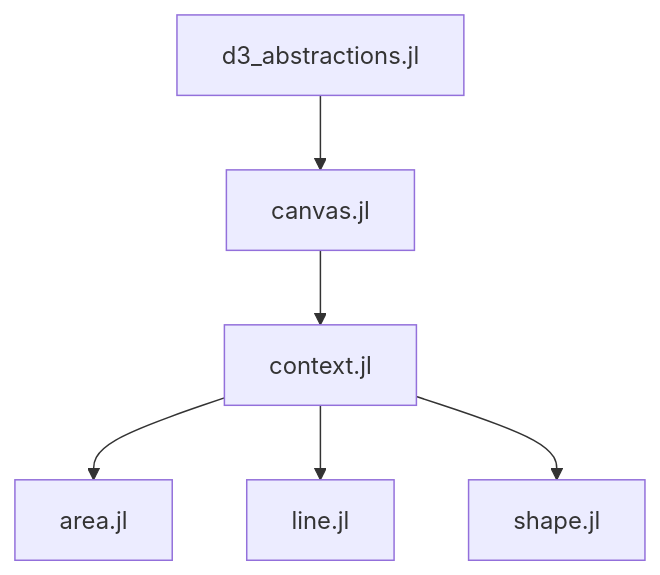
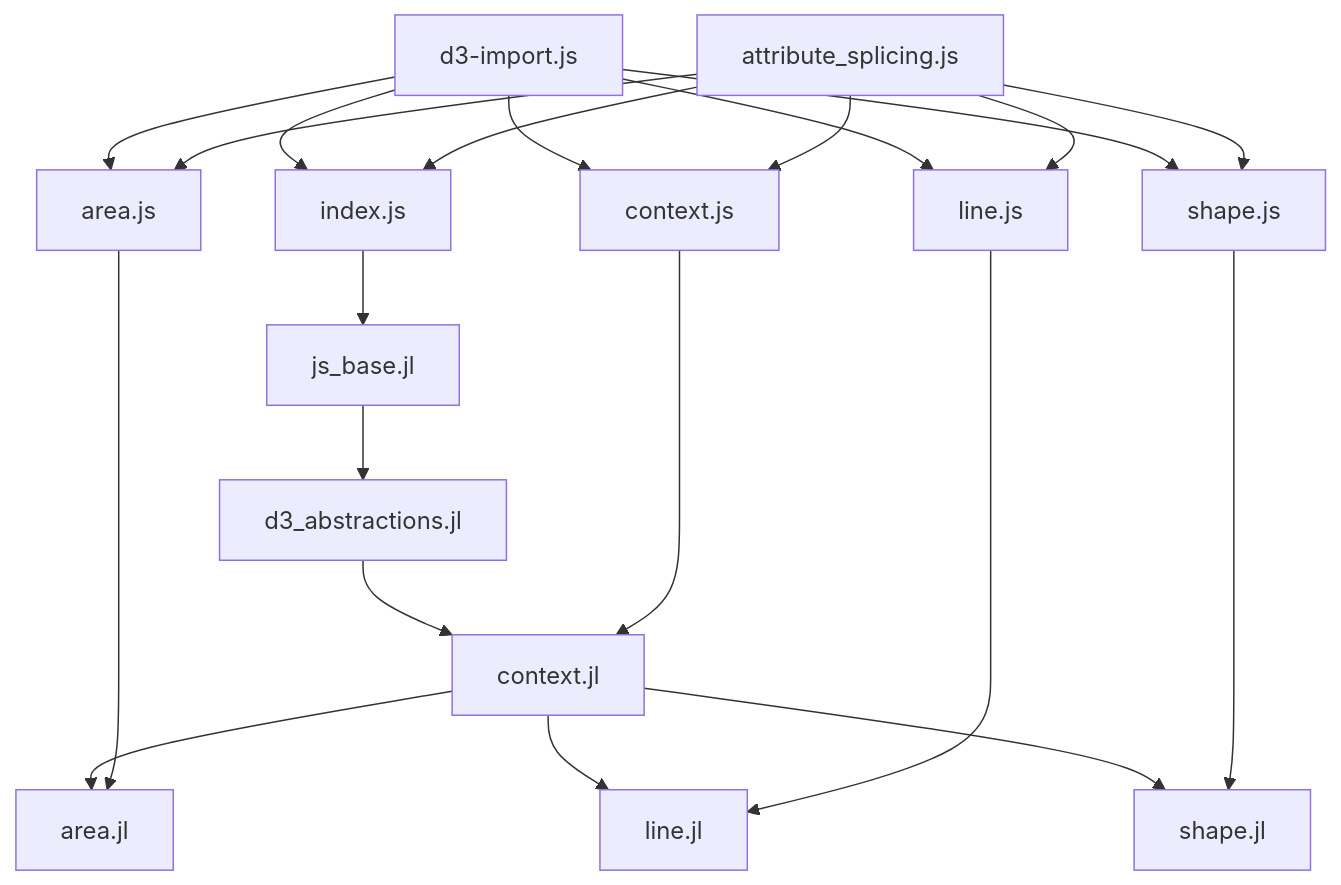
One commit to ghaetinger/Portinari.jl changed the diagram in README.md. Above: the diagram before and after it, drawn with Mermaid. The commit also changed 1 other file, not shown here.

Commit message:
:fire: architecture revision

````diff
--- a/README.md
+++ b/README.md
@@ -18,8 +18,29 @@
 ```mermaid
 graph TD;
-    d3_abstractions.jl-->canvas.jl;
-    canvas.jl-->context.jl;
+    js_base.jl-->d3_abstractions.jl
+    d3_abstractions.jl-->context.jl;
+
+    context.js-->context.jl
+    d3-import.js-->context.js
+    attribute_splicing.js-->context.js
+
     context.jl-->area.jl;
+    area.js-->area.jl
+    d3-import.js-->area.js
+    attribute_splicing.js-->area.js
+
     context.jl-->line.jl;
+    line.js-->line.jl
+    d3-import.js-->line.js
+    attribute_splicing.js-->line.js
+
     context.jl-->shape.jl;
+    shape.js-->shape.jl
+    d3-import.js-->shape.js
+    attribute_splicing.js-->shape.js
+
+    d3-import.js-->index.js
+    attribute_splicing.js-->index.js
+
+    index.js-->js_base.jl 
 ```
````
